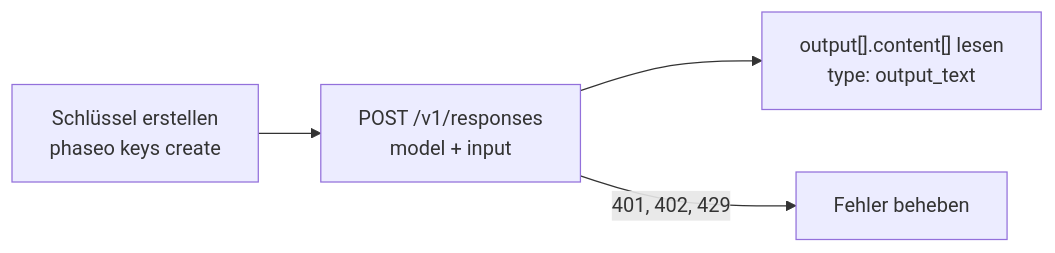
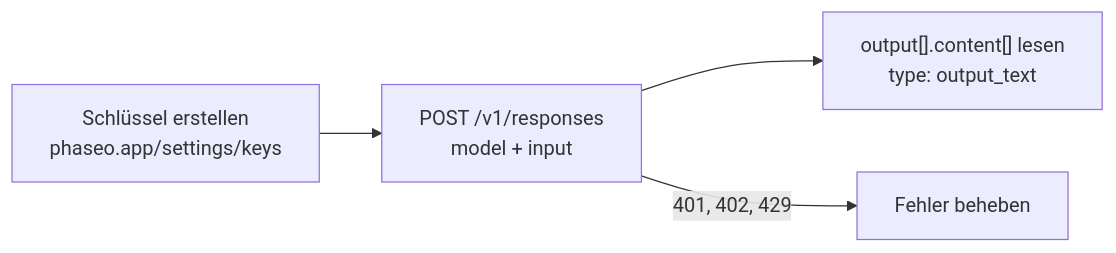
The diagram in apps/docs/de/v1/quickstart.mdx (phaseoteam/Phaseo), drawn with Mermaid before and after one commit. The commit also changed other lines of this file and 238 other files, not shown here.

````diff
--- a/apps/docs/de/v1/quickstart.mdx
+++ b/apps/docs/de/v1/quickstart.mdx
@@ -9,6 +9,6 @@
 ```mermaid
 flowchart LR
-  key["Schlüssel erstellen<br/>phaseo keys create"] --> req["POST /v1/responses<br/>model + input"]
+  key["Schlüssel erstellen<br/>phaseo.app/settings/keys"] --> req["POST /v1/responses<br/>model + input"]
   req --> read["output[].content[] lesen<br/>type: output_text"]
   req -->|"401, 402, 429"| fix["Fehler beheben"]
 ```
````
